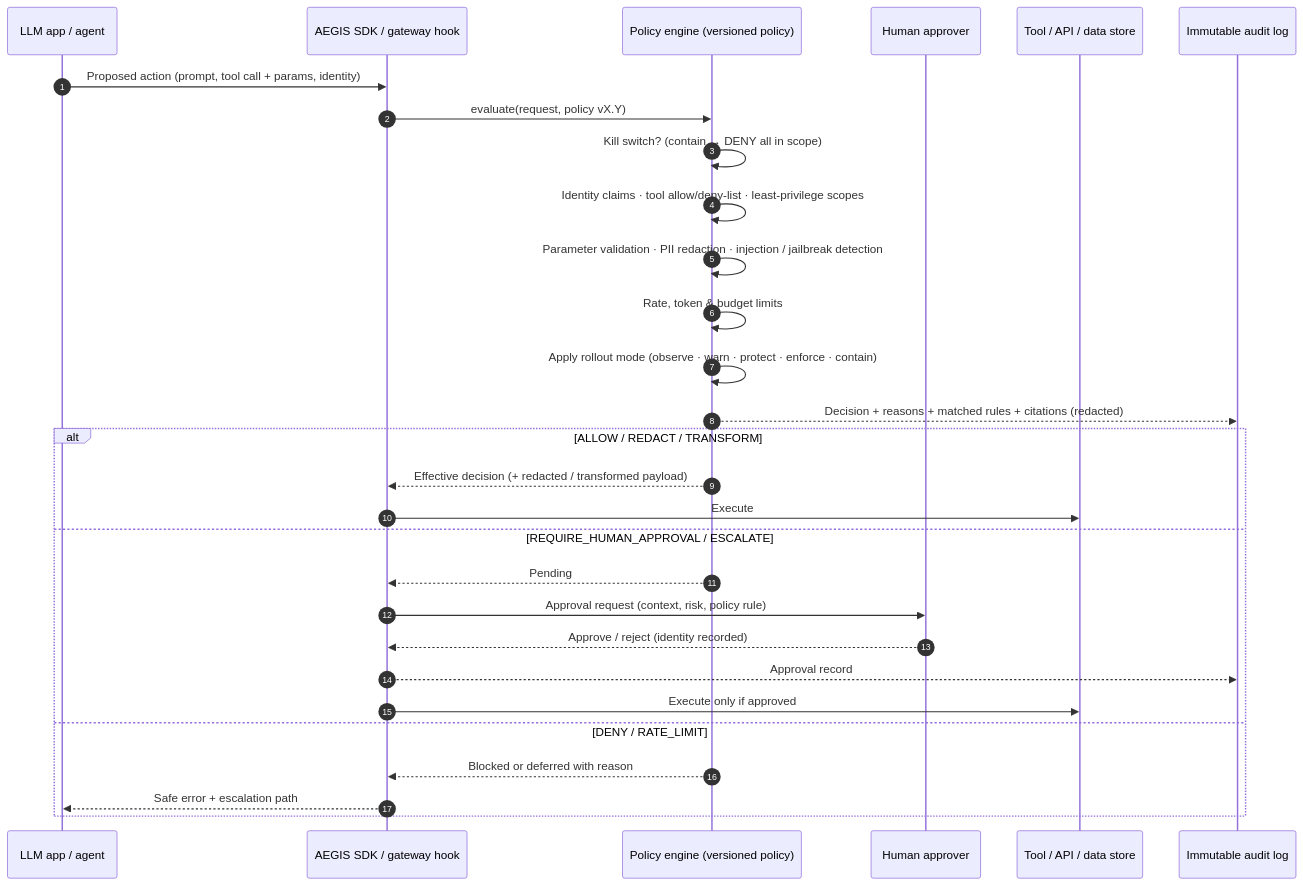
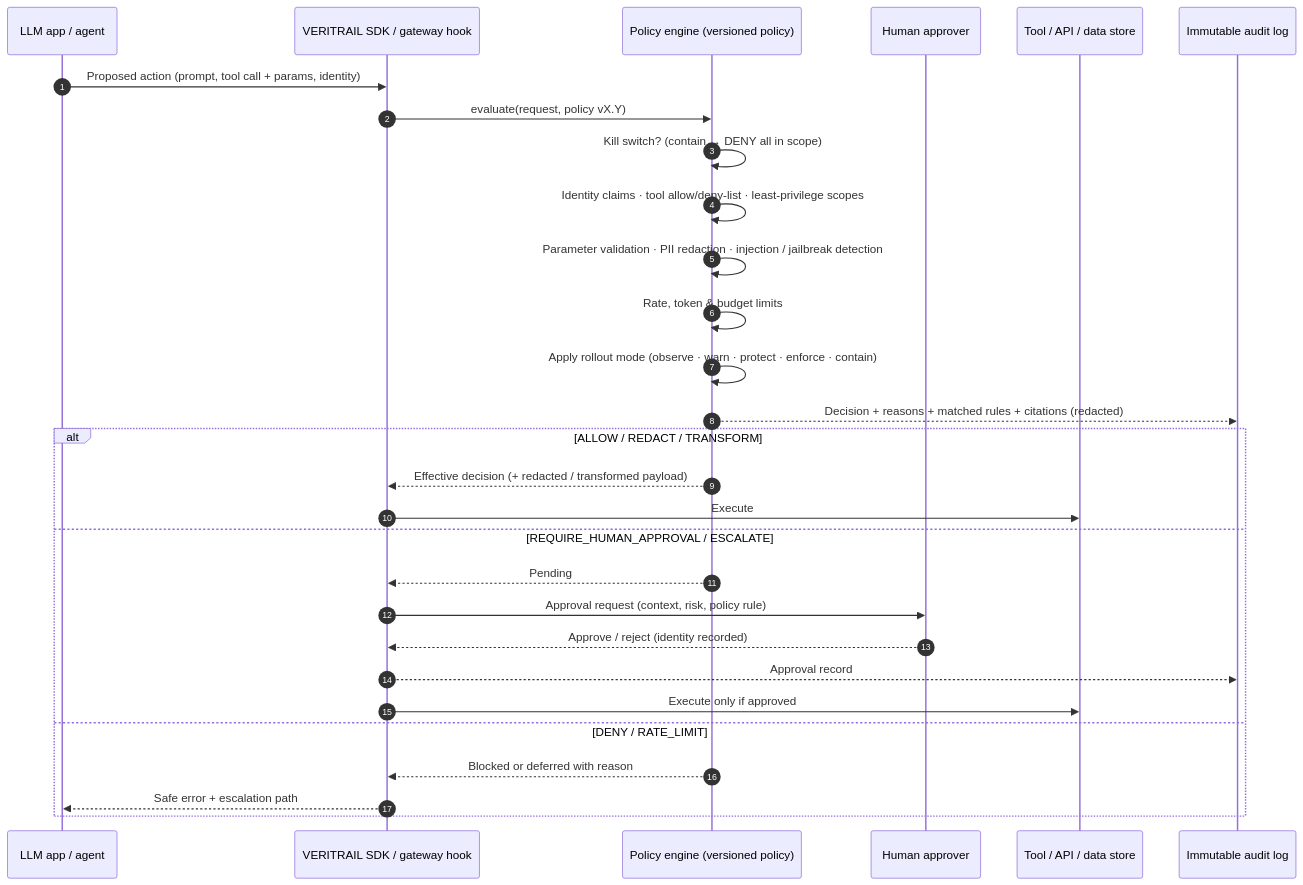
The diagram in platform/docs/diagrams/04_runtime_shield_flow.mmd (kalilurrahman/thoughtful-ai-advisory), drawn with Mermaid before and after one commit. The commit also changed 618 other files, not shown here.

First line of the commit message:
Rename the platform from AEGIS to VERITRAIL and the assessment studio from GOVERN to TILLER

```diff
--- a/platform/docs/diagrams/04_runtime_shield_flow.mmd
+++ b/platform/docs/diagrams/04_runtime_shield_flow.mmd
@@ -1,30 +1,30 @@
-%% Runtime Shield — "AI proposes. AEGIS evaluates. Approved actions execute."
+%% Runtime Shield — "AI proposes. VERITRAIL evaluates. Approved actions execute."
 sequenceDiagram
   autonumber
   participant App as LLM app / agent
-  participant SDK as AEGIS SDK / gateway hook
+  participant SDK as VERITRAIL SDK / gateway hook
   participant PE as Policy engine (versioned policy)
   participant HA as Human approver
   participant Tool as Tool / API / data store
   participant Log as Immutable audit log
   App->>SDK: Proposed action (prompt, tool call + params, identity)
   SDK->>PE: evaluate(request, policy vX.Y)
   PE->>PE: Kill switch? (contain → DENY all in scope)
   PE->>PE: Identity claims · tool allow/deny-list · least-privilege scopes
   PE->>PE: Parameter validation · PII redaction · injection / jailbreak detection
   PE->>PE: Rate, token & budget limits
   PE->>PE: Apply rollout mode (observe · warn · protect · enforce · contain)
   PE-->>Log: Decision + reasons + matched rules + citations (redacted)
   alt ALLOW / REDACT / TRANSFORM
     PE-->>SDK: Effective decision (+ redacted / transformed payload)
     SDK->>Tool: Execute
   else REQUIRE_HUMAN_APPROVAL / ESCALATE
     PE-->>SDK: Pending
     SDK->>HA: Approval request (context, risk, policy rule)
     HA-->>SDK: Approve / reject (identity recorded)
     SDK-->>Log: Approval record
     SDK->>Tool: Execute only if approved
   else DENY / RATE_LIMIT
     PE-->>SDK: Blocked or deferred with reason
     SDK-->>App: Safe error + escalation path
   end
```
